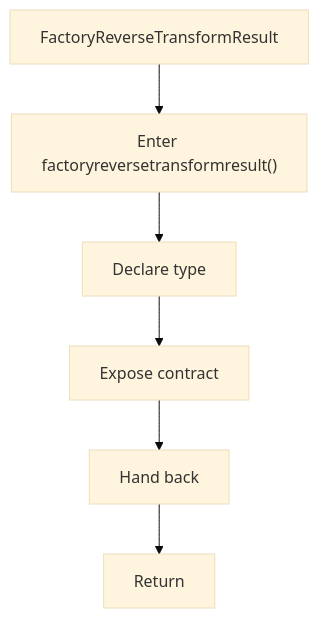
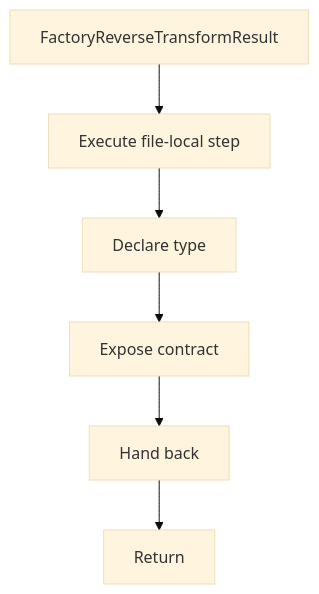
One commit to JohnAndrewBalbarosa/NeoTerritory changed the third of 4 diagrams in docs/Codebase/Microservice/Modules/Header/SyntacticBrokenAST/Analysis/Patterns/Creational/Transform/FactoryReverse/core.hpp.md. Above: the diagram before and after it, drawn with Mermaid (base theme). The commit also changed other lines of this file and 925 other files, not shown here.

````diff
--- a/docs/Codebase/Microservice/Modules/Header/SyntacticBrokenAST/Analysis/Patterns/Creational/Transform/FactoryReverse/core.hpp.md
+++ b/docs/Codebase/Microservice/Modules/Header/SyntacticBrokenAST/Analysis/Patterns/Creational/Transform/FactoryReverse/core.hpp.md
@@ -89,14 +88,14 @@
 ```mermaid
 flowchart TD
     Start["FactoryReverseTransformResult"]
-    N0["Enter factoryreversetransformresult()"]
+    N0["Execute file-local step"]
     N1["Declare type"]
     N2["Expose contract"]
     N3["Hand back"]
     End["Return"]
     Start --> N0
     N0 --> N1
     N1 --> N2
     N2 --> N3
     N3 --> End
 ```
````
